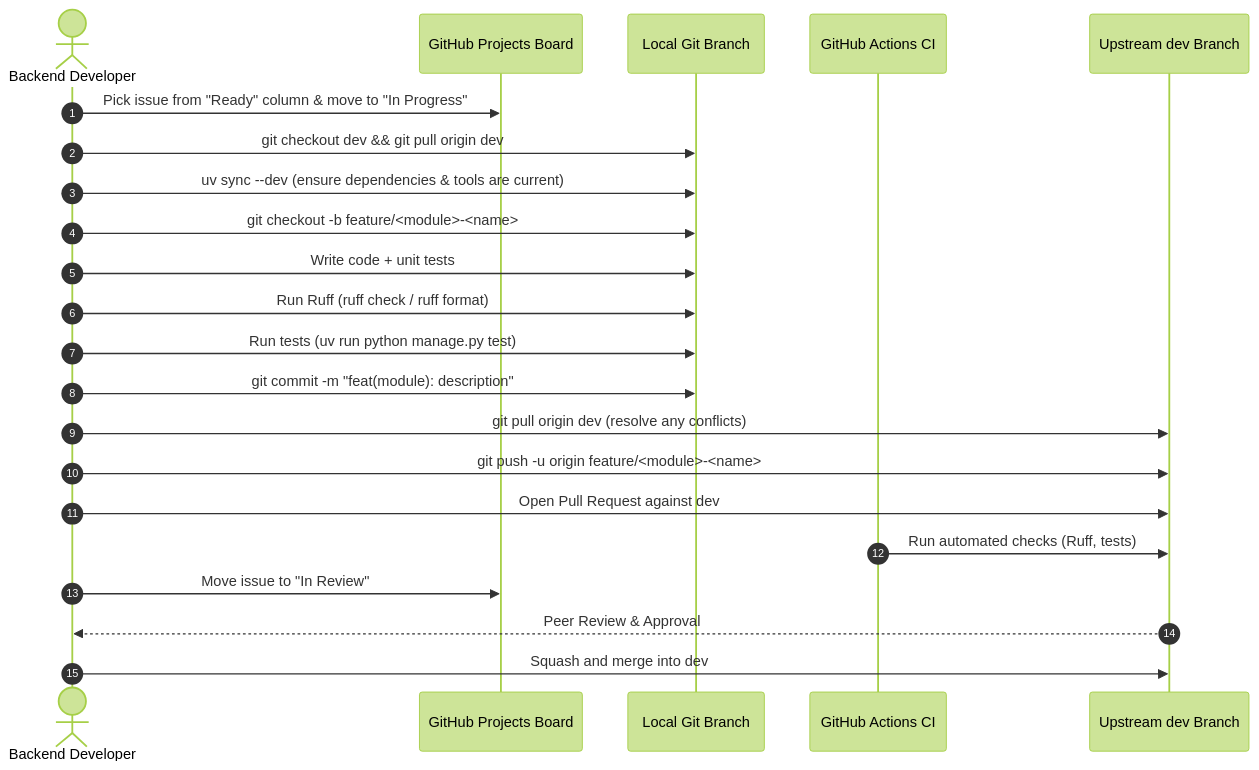
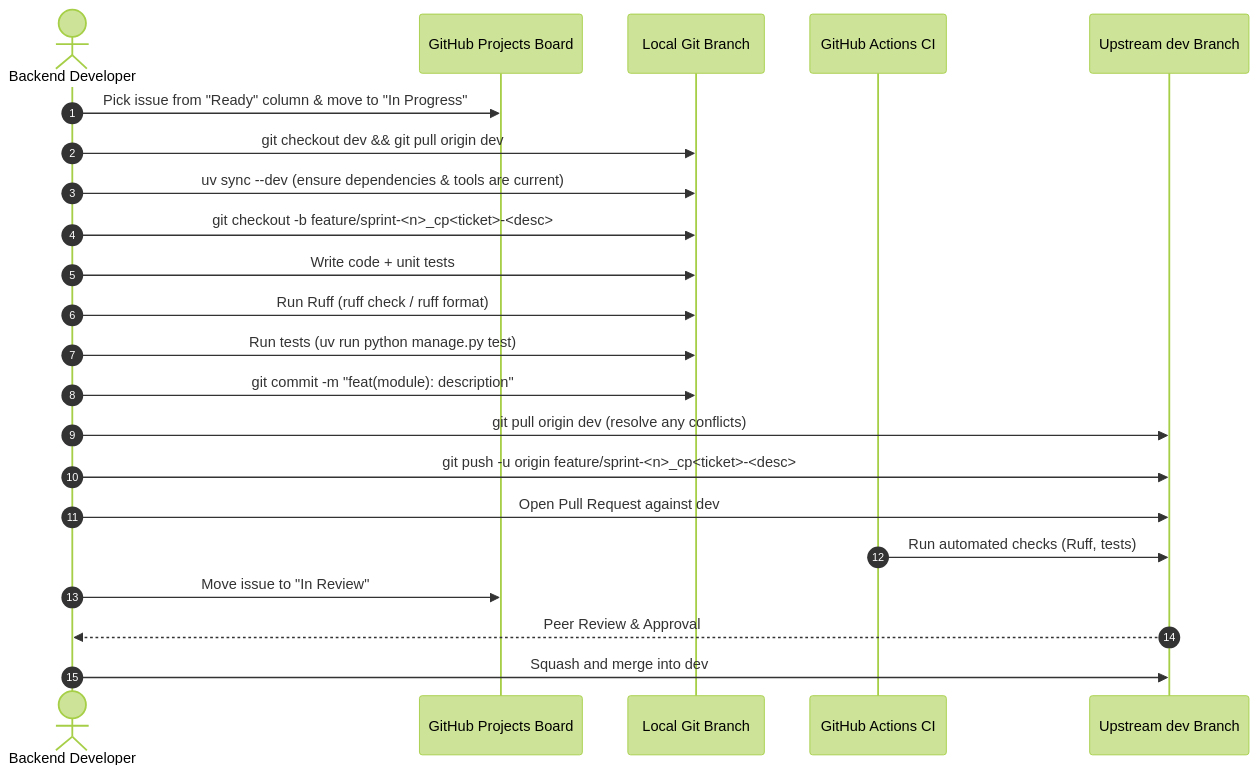
One commit to pup-swe-team/brb-server changed the diagram in CONTRIBUTING.md. Above: the diagram before and after it, drawn with Mermaid (forest theme). The commit also changed other lines of this file and 31 other files, not shown here.

````diff
--- a/CONTRIBUTING.md
+++ b/CONTRIBUTING.md
@@ -152,25 +152,25 @@
 ```mermaid
 sequenceDiagram
     autonumber
     actor Dev as Backend Developer
     participant Board as GitHub Projects Board
     participant Local as Local Git Branch
     participant CI as GitHub Actions CI
     participant Repo as Upstream dev Branch
 
     Dev->>Board: Pick issue from "Ready" column & move to "In Progress"
     Dev->>Local: git checkout dev && git pull origin dev
     Dev->>Local: uv sync --dev (ensure dependencies & tools are current)
-    Dev->>Local: git checkout -b feature/<module>-<name>
+    Dev->>Local: git checkout -b feature/sprint-<n>_cp<ticket>-<desc>
     Dev->>Local: Write code + unit tests
     Dev->>Local: Run Ruff (ruff check / ruff format)
     Dev->>Local: Run tests (uv run python manage.py test)
     Dev->>Local: git commit -m "feat(module): description"
     Dev->>Repo: git pull origin dev (resolve any conflicts)
-    Dev->>Repo: git push -u origin feature/<module>-<name>
+    Dev->>Repo: git push -u origin feature/sprint-<n>_cp<ticket>-<desc>
     Dev->>Repo: Open Pull Request against dev
     CI->>Repo: Run automated checks (Ruff, tests)
     Dev->>Board: Move issue to "In Review"
     Repo-->>Dev: Peer Review & Approval
     Dev->>Repo: Squash and merge into dev
 ```
````
